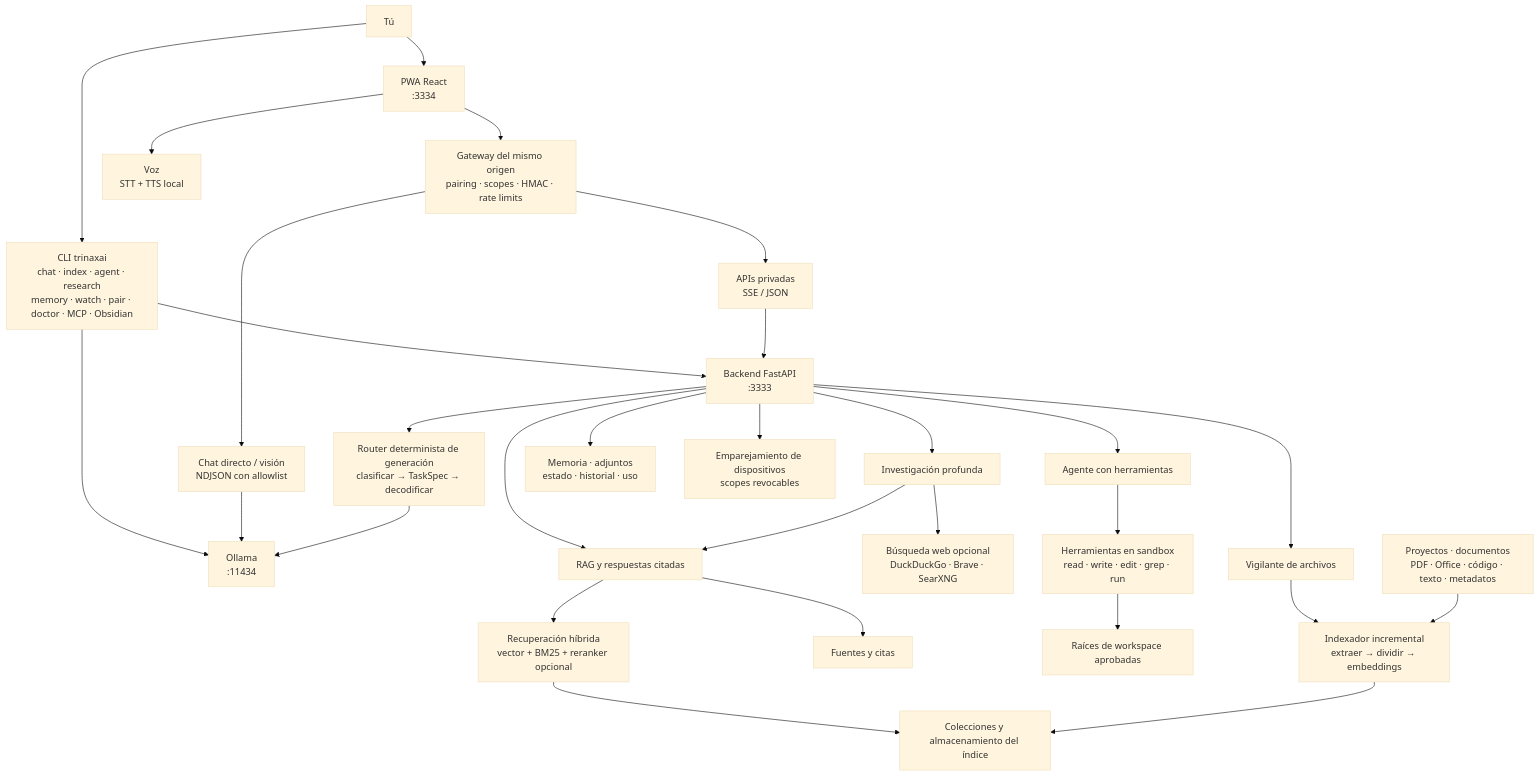
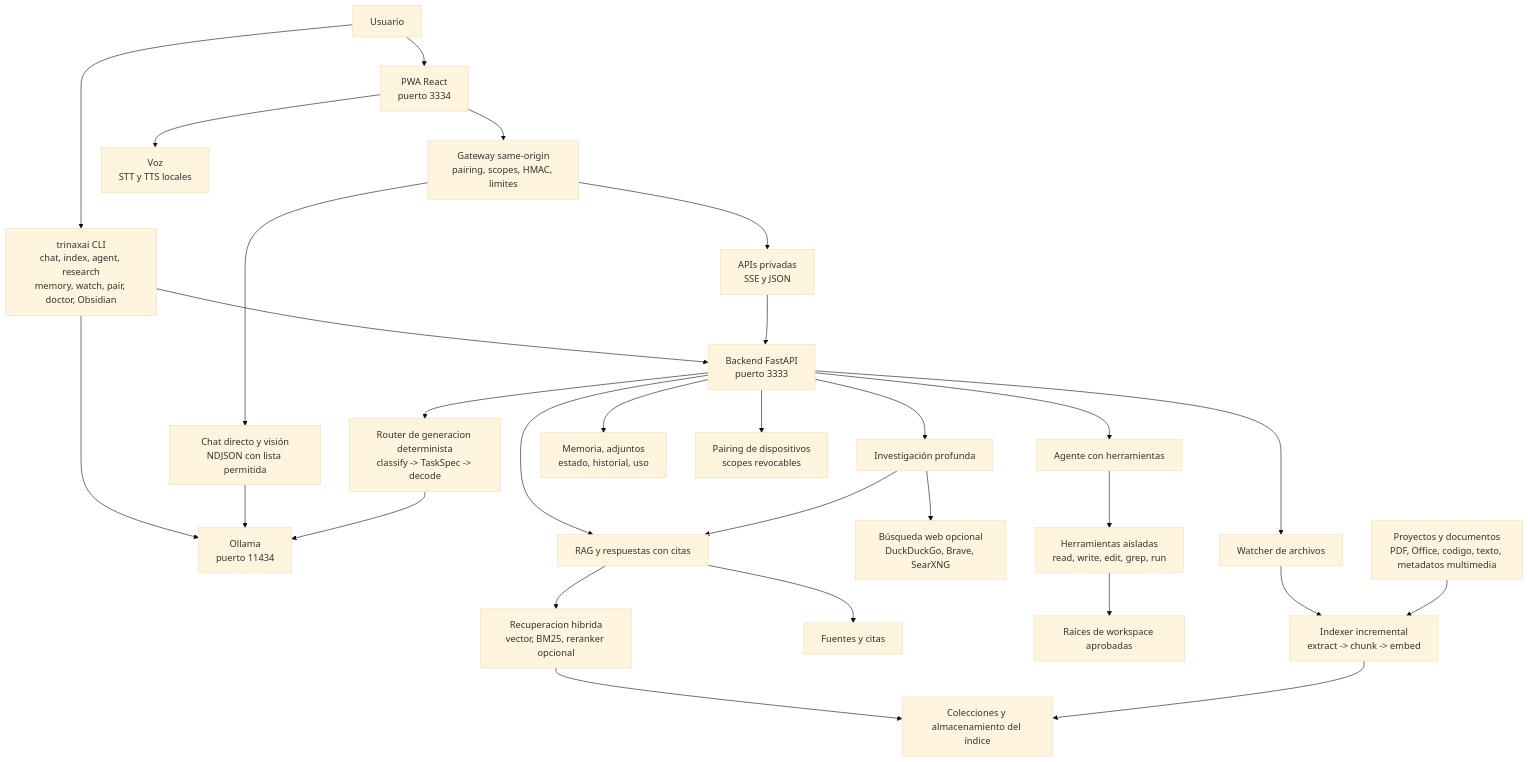
One commit to TrinaxCode/TrinaxAI changed the diagram in README.es.md. Above: the diagram before and after it, drawn with Mermaid (base theme). The commit also changed other lines of this file and 368 other files, not shown here.

````diff
--- a/README.es.md
+++ b/README.es.md
@@ -208,33 +243,33 @@
 ```mermaid
 flowchart TB
-  U["Tú"] --> PWA["PWA React<br/>:3334"]
-  U --> CLI["CLI trinaxai<br/>chat · index · agent · research<br/>memory · watch · pair · doctor · MCP · Obsidian"]
-  PWA --> GW["Gateway del mismo origen<br/>pairing · scopes · HMAC · rate limits"]
-  CLI --> API
-  CLI --> OL
-  GW --> DIRECT["Chat directo / visión<br/>NDJSON con allowlist"]
-  DIRECT --> OL["Ollama<br/>:11434"]
-  GW --> PRIVATE["APIs privadas<br/>SSE / JSON"]
-  PRIVATE --> API["Backend FastAPI<br/>:3333"]
+  user["Usuario"] --> pwa["PWA React<br/>puerto 3334"]
+  user --> cli["trinaxai CLI<br/>chat, index, agent, research<br/>memory, watch, pair, doctor, Obsidian"]
+  pwa --> gateway["Gateway same-origin<br/>pairing, scopes, HMAC, limites"]
+  cli --> api
+  cli --> ollama
+  gateway --> direct["Chat directo y visión<br/>NDJSON con lista permitida"]
+  direct --> ollama["Ollama<br/>puerto 11434"]
+  gateway --> private["APIs privadas<br/>SSE y JSON"]
+  private --> api["Backend FastAPI<br/>puerto 3333"]
 
-  API --> ROUTER["Router determinista de generación<br/>clasificar → TaskSpec → decodificar"]
-  ROUTER --> OL
-  API --> RAG["RAG y respuestas citadas"]
-  RAG --> RETRIEVE["Recuperación híbrida<br/>vector + BM25 + reranker opcional"]
-  RETRIEVE --> STORE["Colecciones y almacenamiento del índice"]
-  RAG --> CITE["Fuentes y citas"]
-  API --> RESEARCH["Investigación profunda"]
-  RESEARCH --> RAG
-  RESEARCH --> WEB["Búsqueda web opcional<br/>DuckDuckGo · Brave · SearXNG"]
+  api --> router["Router de generacion determinista<br/>classify -> TaskSpec -> decode"]
+  router --> ollama
+  api --> rag["RAG y respuestas con citas"]
+  rag --> retrieve["Recuperacion hibrida<br/>vector, BM25, reranker opcional"]
+  retrieve --> store["Colecciones y almacenamiento del índice"]
+  rag --> citations["Fuentes y citas"]
+  api --> research["Investigación profunda"]
+  research --> rag
+  research --> web["Búsqueda web opcional<br/>DuckDuckGo, Brave, SearXNG"]
 
-  API --> AGENT["Agente con herramientas"]
-  AGENT --> TOOLS["Herramientas en sandbox<br/>read · write · edit · grep · run"]
-  TOOLS --> WS["Raíces de workspace aprobadas"]
-  API --> DATA["Memoria · adjuntos<br/>estado · historial · uso"]
-  API --> PAIR["Emparejamiento de dispositivos<br/>scopes revocables"]
-  API --> WATCH["Vigilante de archivos"]
-  WATCH --> INDEX["Indexador incremental<br/>extraer → dividir → embeddings"]
-  SRC["Proyectos · documentos<br/>PDF · Office · código · texto · metadatos"] --> INDEX
-  INDEX --> STORE
-  PWA --> VOICE["Voz<br/>STT + TTS local"]
+  api --> agent["Agente con herramientas"]
+  agent --> tools["Herramientas aisladas<br/>read, write, edit, grep, run"]
+  tools --> workspace["Raíces de workspace aprobadas"]
+  api --> data["Memoria, adjuntos<br/>estado, historial, uso"]
+  api --> pairing["Pairing de dispositivos<br/>scopes revocables"]
+  api --> watcher["Watcher de archivos"]
+  watcher --> indexer["Indexer incremental<br/>extract -> chunk -> embed"]
+  sources["Proyectos y documentos<br/>PDF, Office, codigo, texto, metadatos multimedia"] --> indexer
+  indexer --> store
+  pwa --> voice["Voz<br/>STT y TTS locales"]
 ```
````
